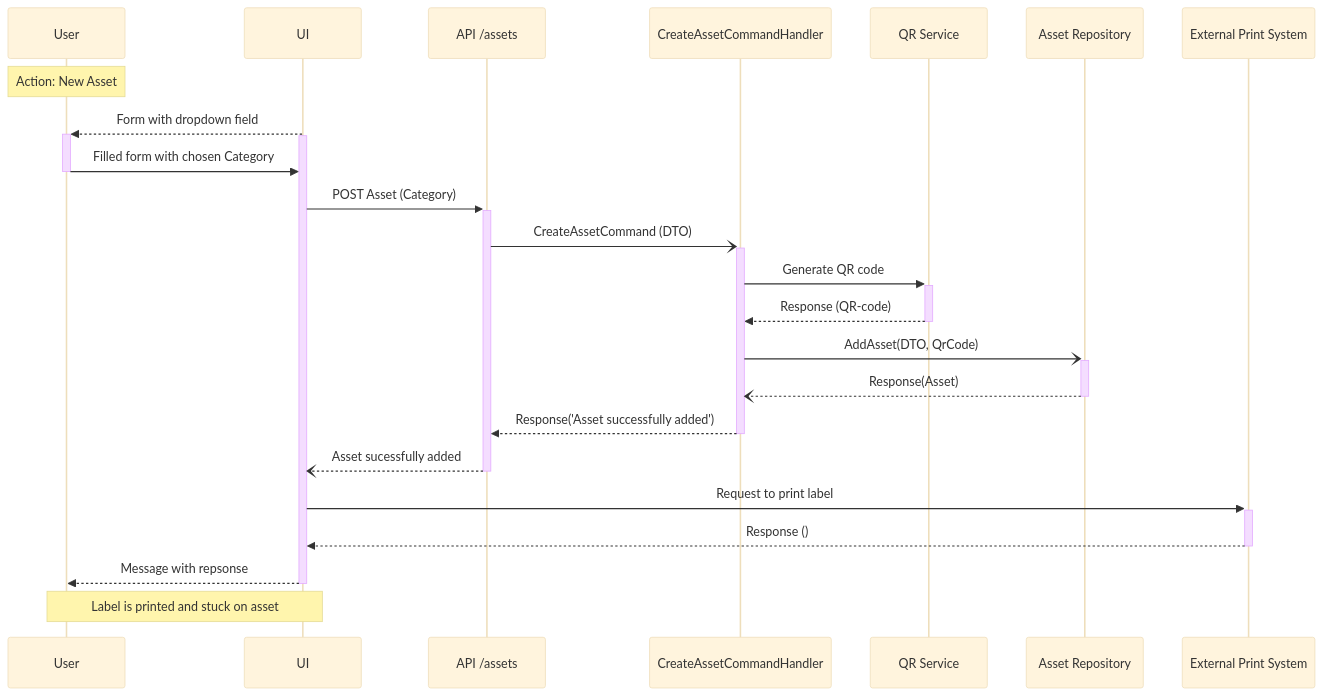
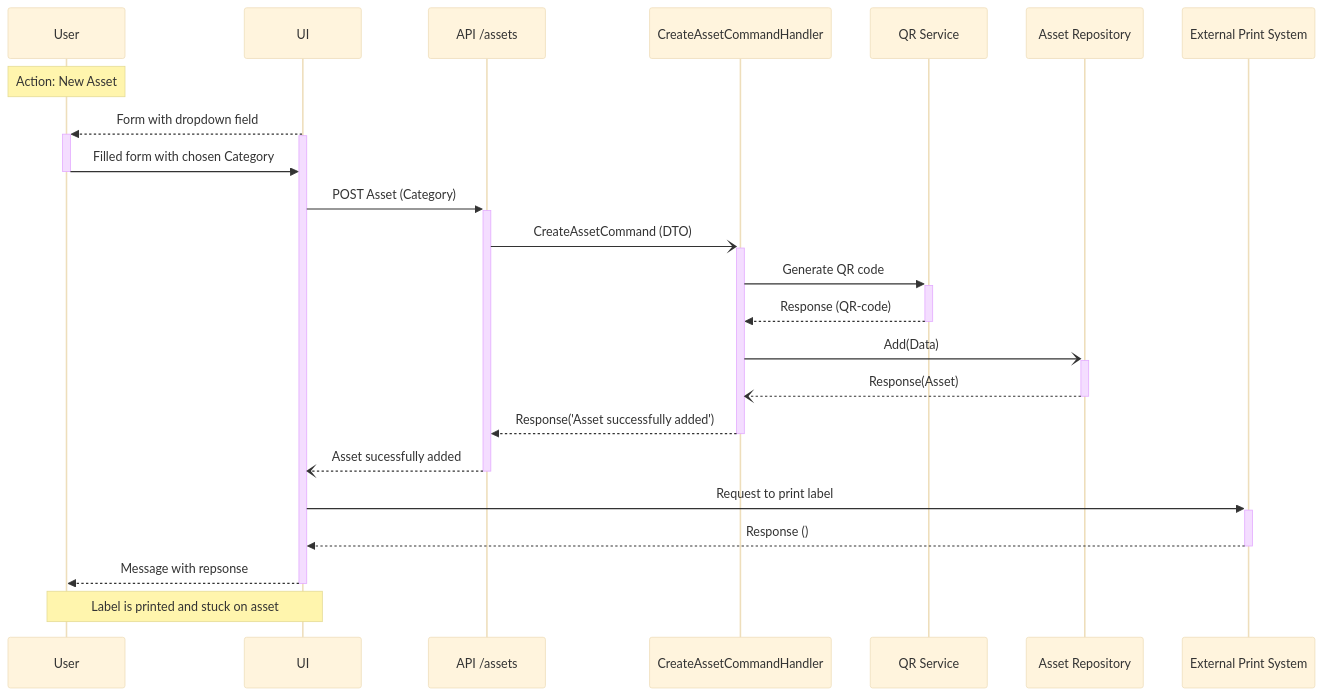
The second of 2 diagrams in docs/sequence-diagrams/tag-new-asset.md (livun/bouvet-asset-hub), drawn with Mermaid (base theme) before and after one commit. The commit also changed other lines of this file and 4 other files, not shown here.

````diff
--- a/docs/sequence-diagrams/tag-new-asset.md
+++ b/docs/sequence-diagrams/tag-new-asset.md
@@ -48,27 +48,27 @@
 ```mermaid
 sequenceDiagram
     Note over User: Action: New Asset
 
   
     UI -->>+ User :  Form with dropdown field
     Activate UI
         User ->>- UI : Filled form with chosen Category
             UI ->>+ API /assets: POST Asset (Category)
                 API /assets -)+ CreateAssetCommandHandler : CreateAssetCommand (DTO)
                     
                     CreateAssetCommandHandler ->>+ QR Service : Generate QR code
                     QR Service -->>- CreateAssetCommandHandler : Response (QR-code)
                     
-                    CreateAssetCommandHandler -)+ Asset Repository : AddAsset(DTO, QrCode)
+                    CreateAssetCommandHandler -)+ Asset Repository : Add(Data)
                     Asset Repository  --)- CreateAssetCommandHandler : Response(Asset)
                     
                 CreateAssetCommandHandler -->>- API /assets : Response('Asset successfully added')
             API /assets --)- UI  : Asset sucessfully added
             UI ->>+ External Print System : Request to print label
             External Print System -->>- UI : Response ()
         UI -->> User : Message with repsonse
     Deactivate UI
     Note over User, UI: Label is printed and stuck on asset
         
 
 ```
````
